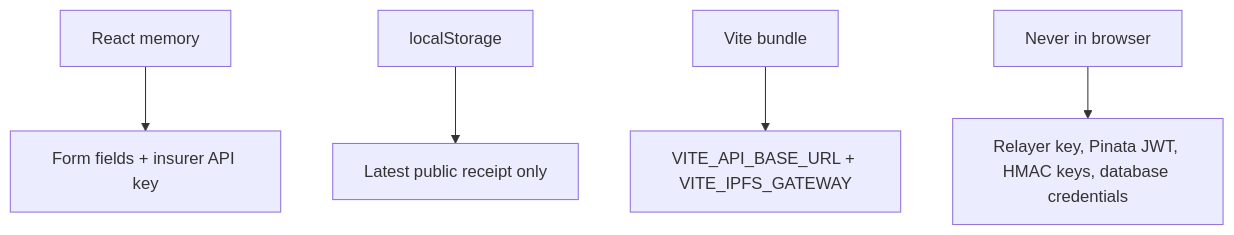
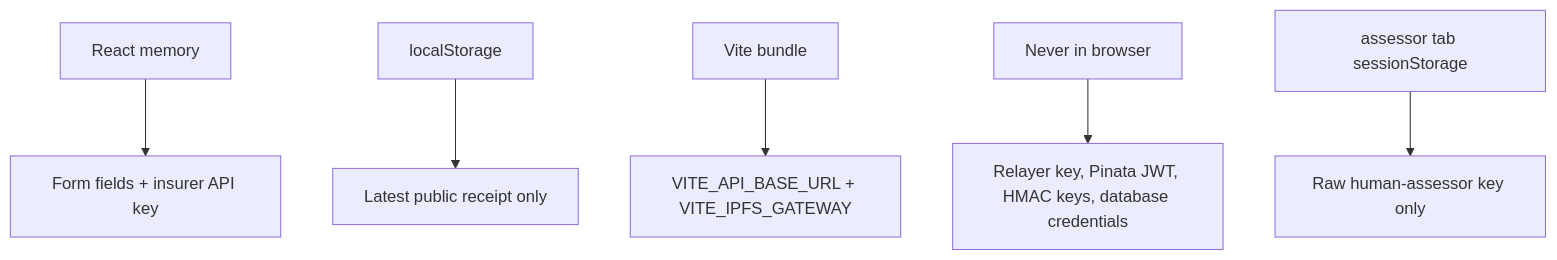
Before and after one commit to ganesh1997oli/Decentralized-Claims-Registry: the second of 2 diagrams in apps/frontend/README.md, drawn with Mermaid. The commit also changed other lines of this file and 24 other files, not shown here.

Commit message:
human assessor outcomes

````diff
--- a/apps/frontend/README.md
+++ b/apps/frontend/README.md
@@ -43,7 +49,8 @@
 ```mermaid
 flowchart TD
     Memory["React memory"] --> A["Form fields + insurer API key"]
     Storage["localStorage"] --> B["Latest public receipt only"]
     Bundle["Vite bundle"] --> C["VITE_API_BASE_URL + VITE_IPFS_GATEWAY"]
     Never["Never in browser"] --> D["Relayer key, Pinata JWT, HMAC keys, database credentials"]
+    Session["assessor tab sessionStorage"] --> E["Raw human-assessor key only"]
 ```
````
